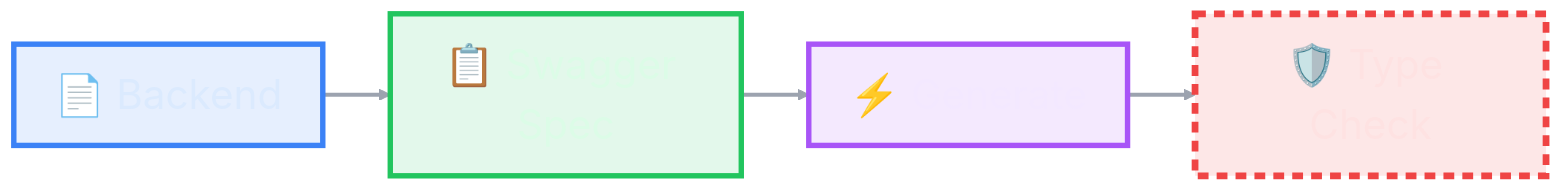
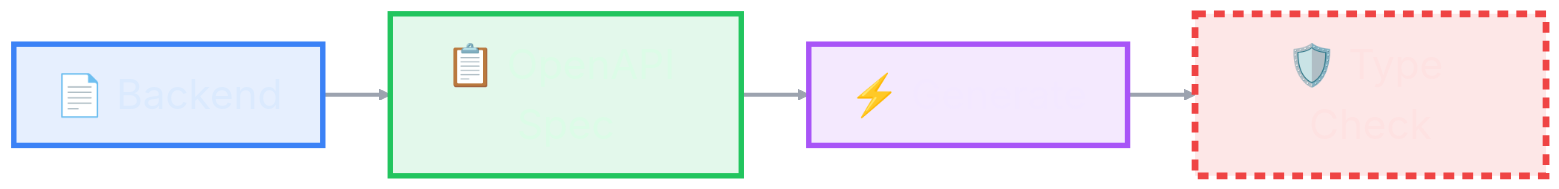
Before and after one commit to b-vadym/open-api-client-gen: the first of 2 diagrams in slides.md, drawn with Mermaid. The commit also changed other lines of this file, not shown here.

Commit message:
fix: update references from Swagger to OpenAPI for consistency in presentation slides

````diff
--- a/slides.md
+++ b/slides.md
@@ -163,19 +163,19 @@
 ```mermaid
 %%{init: {'theme':'base','themeVariables':{'fontSize':'22px'}}}%%
 flowchart LR
-  A[📄 Backend] --> B[📋 Swagger Spec]
+  A[📄 Backend] --> B[📋 OpenAPI Spec]
   B --> C[⚡ Generate]
   C --> D[🛡️ Type Check]
 
   classDef s1 fill:#3b82f620,stroke:#3b82f6,stroke-width:4px,color:#dbeafe,font-size:30px;
   classDef s2 fill:#22c55e20,stroke:#22c55e,stroke-width:4px,color:#dcfce7,font-size:30px;
   classDef s3 fill:#a855f720,stroke:#a855f7,stroke-width:4px,color:#f3e8ff,font-size:30px;
   classDef s4 fill:#ef444420,stroke:#ef4444,stroke-width:5px,stroke-dasharray: 8 6,color:#fee2e2,font-size:30px;
 
   class A s1
   class B s2
   class C s3
   class D s4
 
   linkStyle 0,1,2 stroke:#9ca3af,stroke-width:3px;
 ```
````
